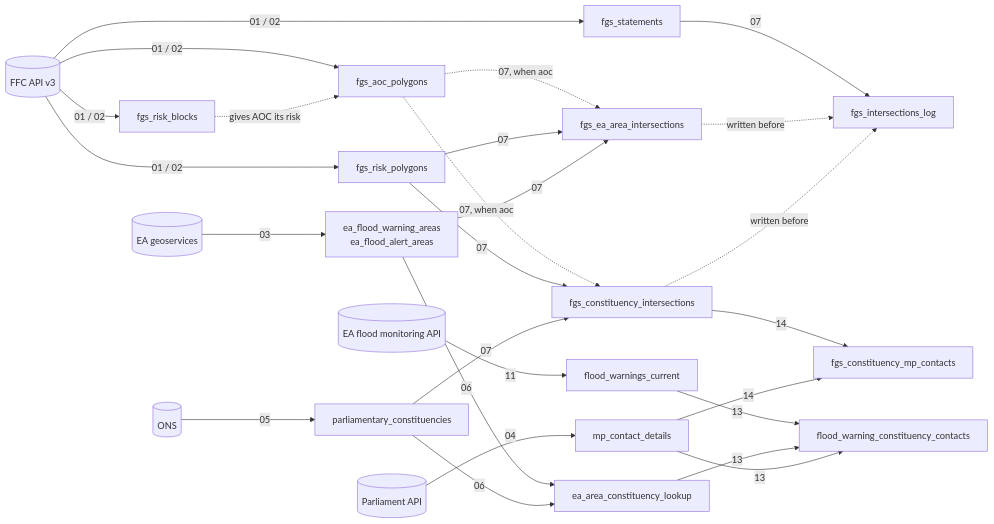
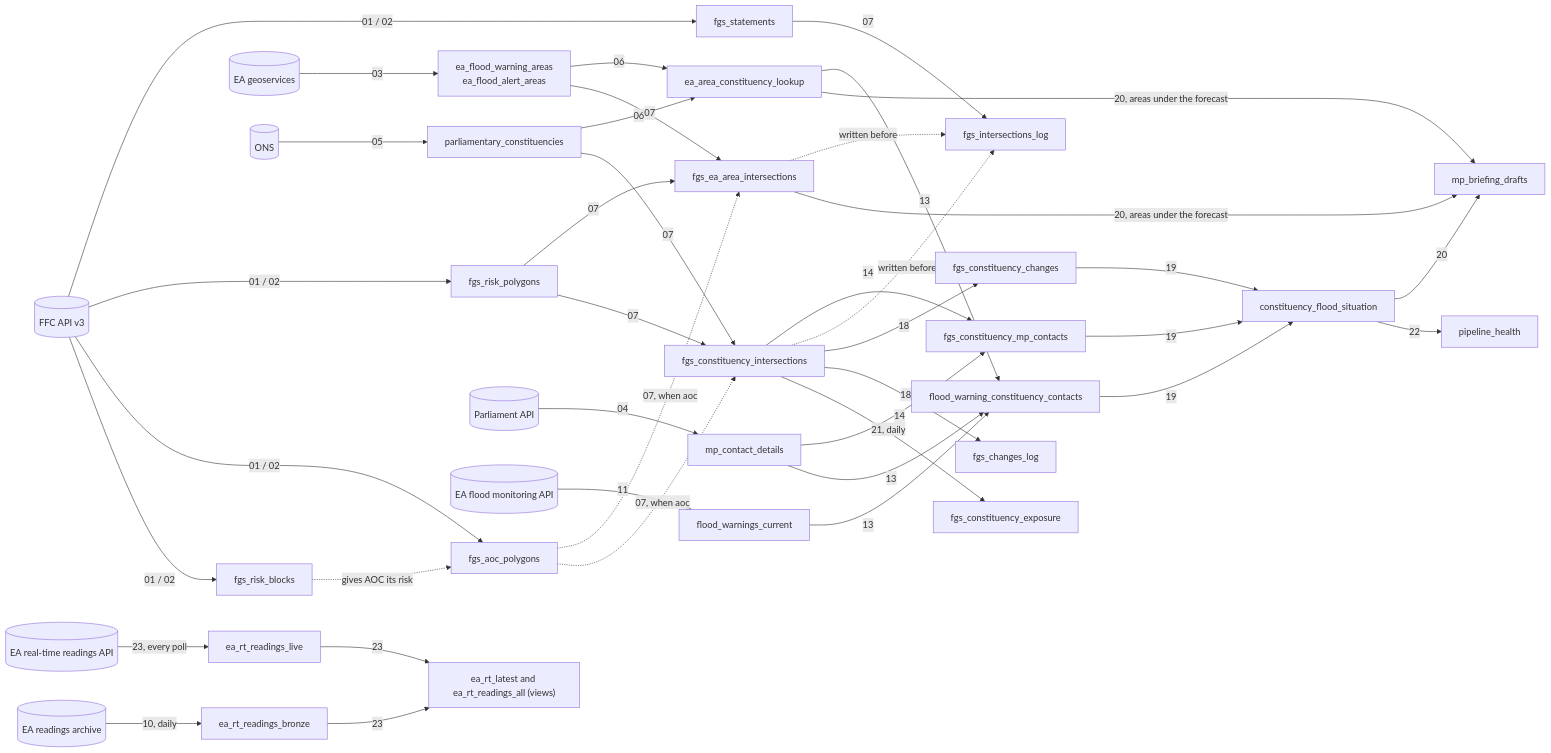
Before and after one commit to JonPayneEA/FGS_Notebooks: the seventh of 7 diagrams in README.md, drawn with Mermaid. The commit also changed other lines of this file and 5 other files, not shown here.

First line of the commit message:
Polling every 15 minutes: live readings health check, step 0 non-fatal, README brought up to date

````diff
--- a/README.md
+++ b/README.md
@@ -486,28 +539,42 @@
 ```mermaid
 flowchart LR
     FFC[("FFC API v3")] -->|"01 / 02"| STM["fgs_statements"]
     FFC -->|"01 / 02"| RISK["fgs_risk_polygons"]
     FFC -->|"01 / 02"| AOC["fgs_aoc_polygons"]
     FFC -->|"01 / 02"| BLK["fgs_risk_blocks"]
     BLK -.->|"gives AOC its risk"| AOC
     AOC -.->|"07, when aoc"| EAI
     AOC -.->|"07, when aoc"| CONI
     EAG[("EA geoservices")] -->|"03"| EAA["ea_flood_warning_areas<br/>ea_flood_alert_areas"]
     ONS[("ONS")] -->|"05"| CON["parliamentary_constituencies"]
     PAR[("Parliament API")] -->|"04"| MP["mp_contact_details"]
     EAA -->|"06"| LOOK["ea_area_constituency_lookup"]
     CON -->|"06"| LOOK
     RISK -->|"07"| EAI["fgs_ea_area_intersections"]
     EAA -->|"07"| EAI
     RISK -->|"07"| CONI["fgs_constituency_intersections"]
     CON -->|"07"| CONI
     EAR[("EA flood monitoring API")] -->|"11"| CUR["flood_warnings_current"]
     CONI -->|"14"| FC["fgs_constituency_mp_contacts"]
     MP -->|"14"| FC
     CUR -->|"13"| WC["flood_warning_constituency_contacts"]
     LOOK -->|"13"| WC
     MP -->|"13"| WC
     STM -->|"07"| LOG["fgs_intersections_log"]
     EAI -.->|"written before"| LOG
     CONI -.->|"written before"| LOG
+    CONI -->|"18"| CHG["fgs_constituency_changes"]
+    CONI -->|"18"| CLOG["fgs_changes_log"]
+    FC -->|"19"| SIT["constituency_flood_situation"]
+    WC -->|"19"| SIT
+    CHG -->|"19"| SIT
+    SIT -->|"20"| BRF["mp_briefing_drafts"]
+    EAI -->|"20, areas under the forecast"| BRF
+    LOOK -->|"20, areas under the forecast"| BRF
+    CONI -->|"21, daily"| EXP["fgs_constituency_exposure"]
+    SIT -->|"22"| HLTH["pipeline_health"]
+    EARTAPI[("EA real-time readings API")] -->|"23, every poll"| LIVE["ea_rt_readings_live"]
+    EARCH[("EA readings archive")] -->|"10, daily"| BRZ["ea_rt_readings_bronze"]
+    LIVE -->|"23"| RTALL["ea_rt_latest and ea_rt_readings_all (views)"]
+    BRZ -->|"23"| RTALL
 ```
````
